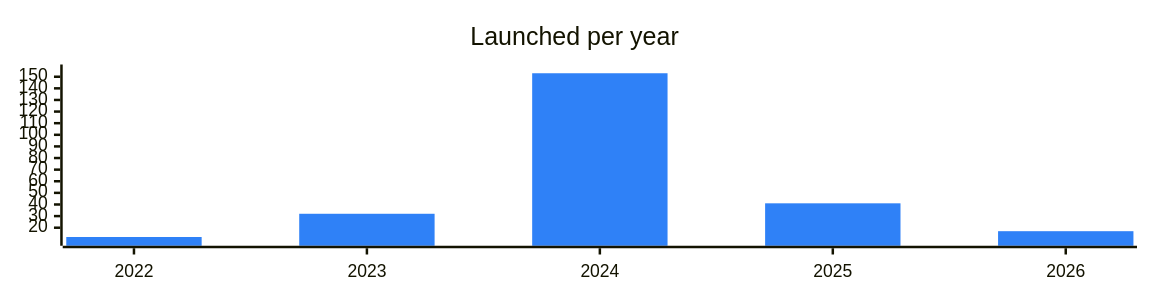
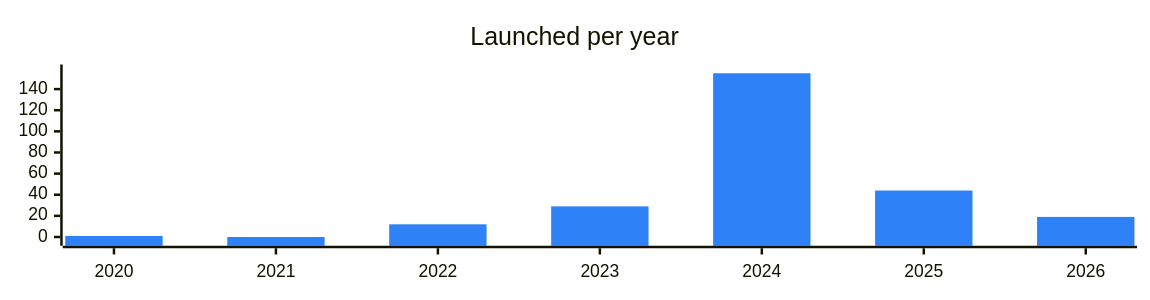
The diagram in categories/tokens.md (vitalikgpt/gram-ecosystem), drawn with Mermaid before and after one commit. The commit also changed other lines of this file and 71 other files, not shown here.

````diff
--- a/categories/tokens.md
+++ b/categories/tokens.md
@@ -7,7 +7,7 @@
 ```mermaid
 %%{init: {"xyChart": {"width": 900, "height": 220}, "themeVariables": {"xyChart": {"plotColorPalette": "#2f81f7"}}}}%%
 xychart-beta
   title "Launched per year"
-  x-axis ["2022", "2023", "2024", "2025", "2026"]
-  bar [12, 32, 153, 41, 17]
+  x-axis ["2020", "2021", "2022", "2023", "2024", "2025", "2026"]
+  bar [1, 0, 12, 29, 155, 44, 19]
 ```
````
